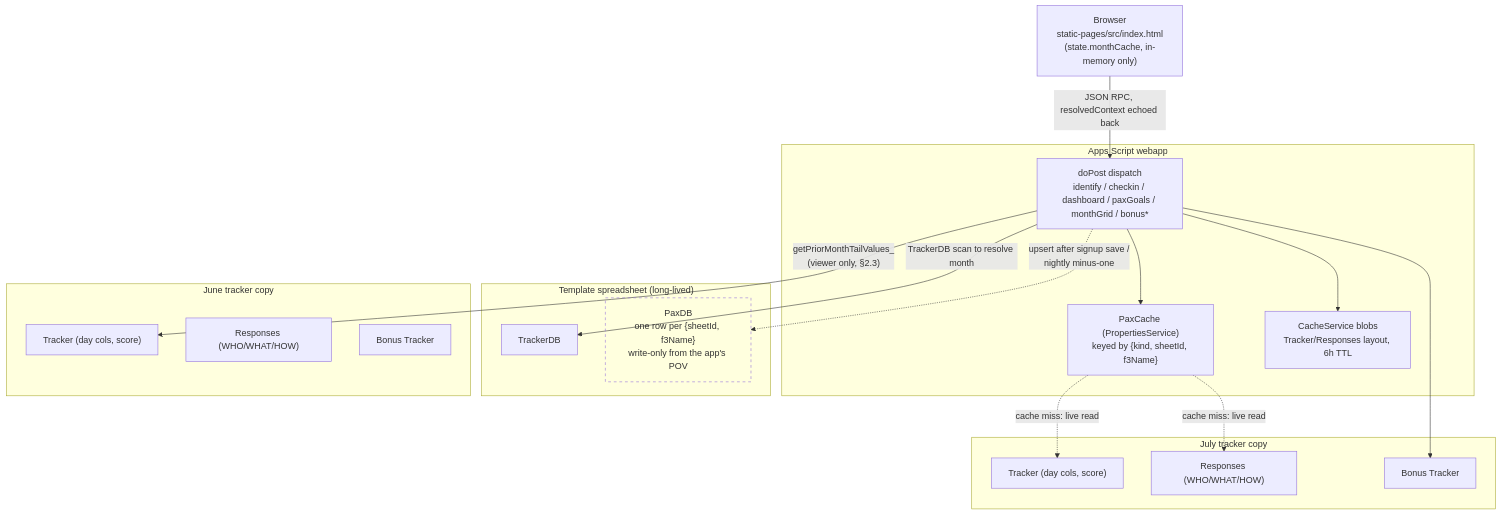
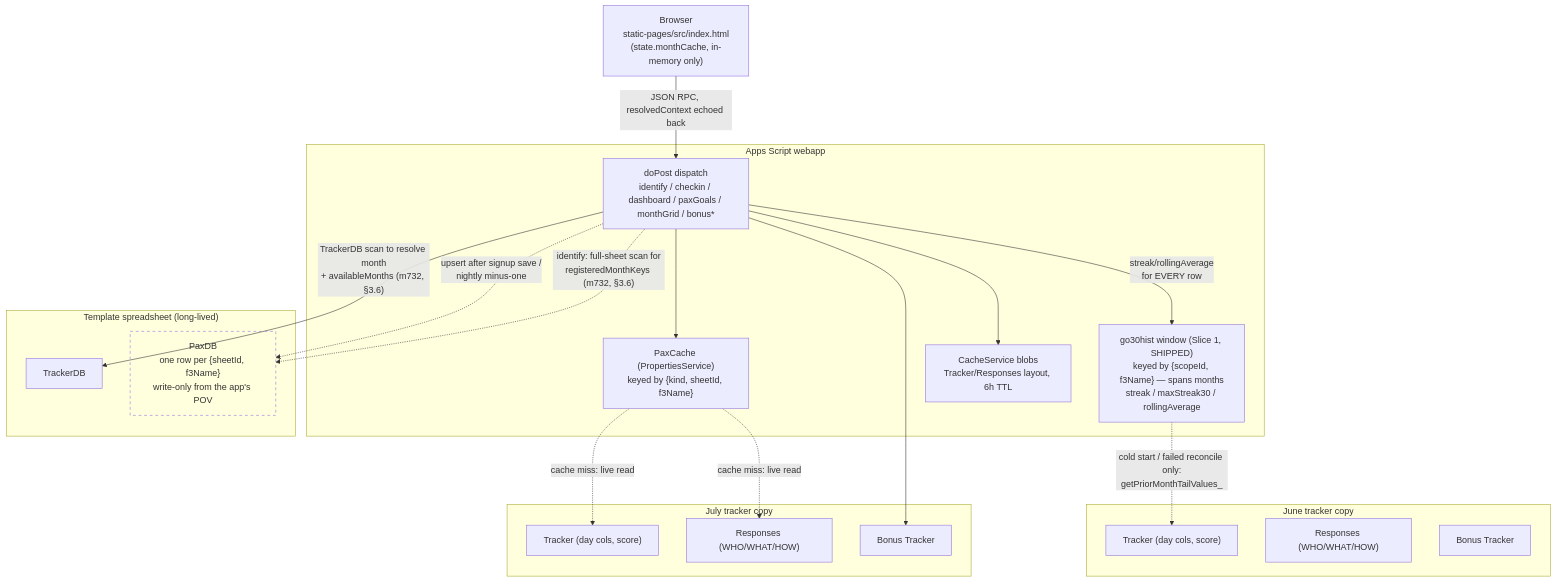
One commit to stuartdonaldson/F3Go30 changed the first of 2 diagrams in docs/pax-data-model-and-contract.md. Above: the diagram before and after it, drawn with Mermaid. The commit also changed other lines of this file and 8 other files, not shown here.

First line of the commit message:
F3Go30-uz9e.4: Slice 2 — versioned goals list on f3Name-keyed PaxCache record

````diff
--- a/docs/pax-data-model-and-contract.md
+++ b/docs/pax-data-model-and-contract.md
@@ -240,39 +281,42 @@
 ```mermaid
 flowchart TB
     Browser["Browser<br/>static-pages/src/index.html<br/>(state.monthCache, in-memory only)"]
 
     subgraph GAS["Apps Script webapp"]
         Dispatch["doPost dispatch<br/>identify / checkin / dashboard / paxGoals / monthGrid / bonus*"]
         PaxCache["PaxCache (PropertiesService)<br/>keyed by {kind, sheetId, f3Name}"]
+        History["go30hist window (Slice 1, SHIPPED)<br/>keyed by {scopeId, f3Name} — spans months<br/>streak / maxStreak30 / rollingAverage"]
         LayoutCache["CacheService blobs<br/>Tracker/Responses layout, 6h TTL"]
     end
 
     subgraph Template["Template spreadsheet (long-lived)"]
         TrackerDB["TrackerDB"]
         PaxDB["PaxDB<br/>one row per {sheetId, f3Name}<br/>write-only from the app's POV"]
     end
 
     subgraph MonthJune["June tracker copy"]
         TJune["Tracker (day cols, score)"]
         RJune["Responses (WHO/WHAT/HOW)"]
         BJune["Bonus Tracker"]
     end
 
     subgraph MonthJuly["July tracker copy"]
         TJuly["Tracker (day cols, score)"]
         RJuly["Responses (WHO/WHAT/HOW)"]
         BJuly["Bonus Tracker"]
     end
 
     Browser -->|"JSON RPC, resolvedContext echoed back"| Dispatch
     Dispatch --> PaxCache
     Dispatch --> LayoutCache
-    Dispatch -->|"TrackerDB scan to resolve month"| TrackerDB
+    Dispatch -->|"TrackerDB scan to resolve month<br/>+ availableMonths (m732, §3.6)"| TrackerDB
     PaxCache -.->|"cache miss: live read"| TJuly
     PaxCache -.->|"cache miss: live read"| RJuly
-    Dispatch -->|"getPriorMonthTailValues_<br/>(viewer only, §2.3)"| TJune
+    Dispatch -->|"streak/rollingAverage<br/>for EVERY row"| History
+    History -.->|"cold start / failed reconcile only:<br/>getPriorMonthTailValues_"| TJune
     Dispatch --> BJuly
     Dispatch -.->|"upsert after signup save /<br/>nightly minus-one"| PaxDB
+    Dispatch -.->|"identify: full-sheet scan for<br/>registeredMonthKeys (m732, §3.6)"| PaxDB
 
     style PaxDB fill:#00000000,stroke-dasharray: 5 5
 ```
````
